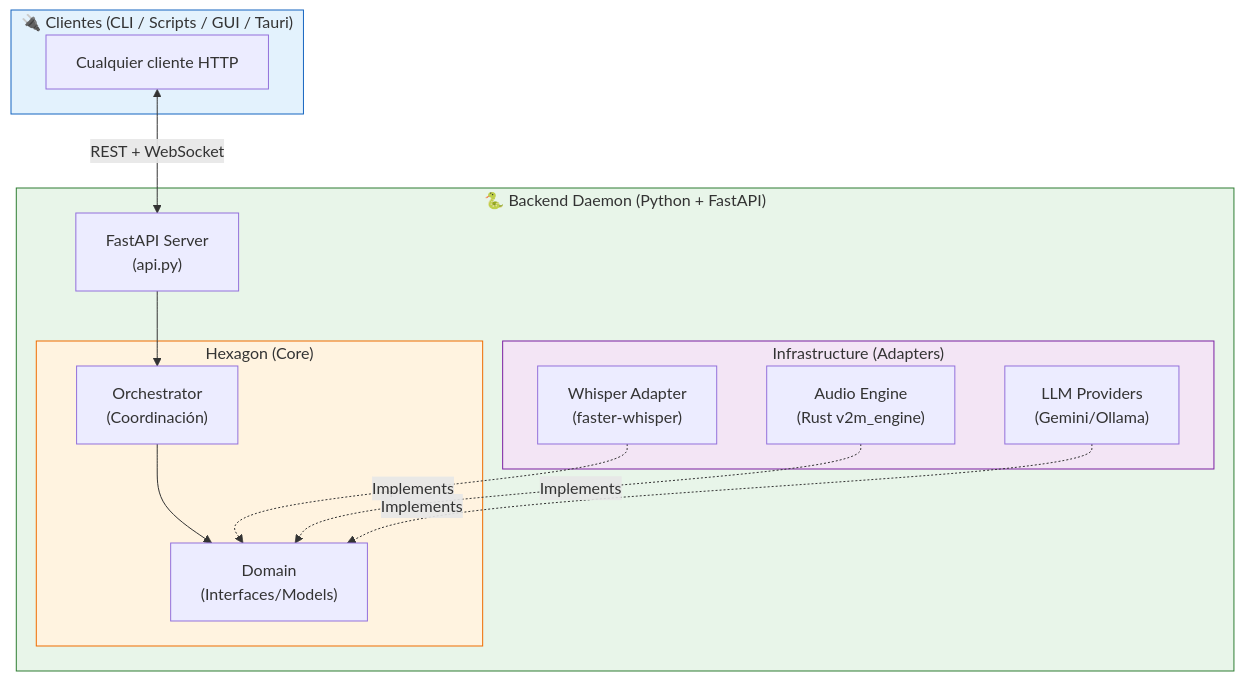
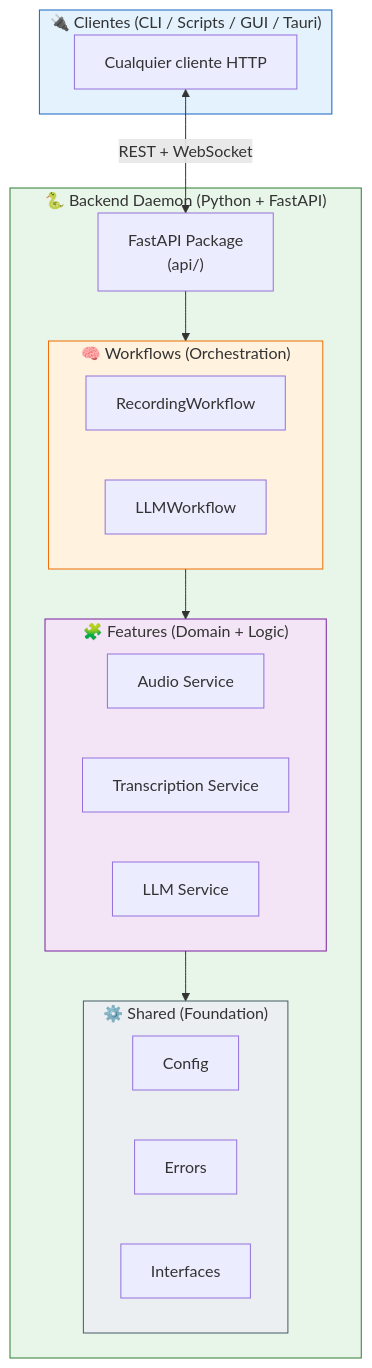
One commit to zarvent/v2m-lab changed the first of 2 diagrams in docs/docs/es/arquitectura.md. Above: the diagram before and after it, drawn with Mermaid. The commit also changed other lines of this file and 14 other files, not shown here.

Commit message:
feat: Restructure documentation and code organization for improved clarity and maintainability, introducing workflows and modular features

````diff
--- a/docs/docs/es/arquitectura.md
+++ b/docs/docs/es/arquitectura.md
@@ -10,33 +10,38 @@
 ```mermaid
 graph TD
     subgraph Clients ["🔌 Clientes (CLI / Scripts / GUI / Tauri)"]
         ClientApp["Cualquier cliente HTTP"]
     end
 
     subgraph Backend ["🐍 Backend Daemon (Python + FastAPI)"]
-        API["FastAPI Server<br>(api.py)"]
+        API["FastAPI Package<br>(api/)"]
 
-        subgraph Hexagon ["Hexagon (Core)"]
-            Orchestrator["Orchestrator<br>(Coordinación)"]
-            Domain["Domain<br>(Interfaces/Models)"]
+        subgraph Workflows ["🧠 Workflows (Orchestration)"]
+            RecWF["RecordingWorkflow"]
+            LLMWF["LLMWorkflow"]
         end
 
-        subgraph Infra ["Infrastructure (Adapters)"]
-            Whisper["Whisper Adapter<br>(faster-whisper)"]
-            Audio["Audio Engine<br>(Rust v2m_engine)"]
-            LLM["LLM Providers<br>(Gemini/Ollama)"]
+        subgraph Features ["🧩 Features (Domain + Logic)"]
+            AudioFeat["Audio Service"]
+            TranscFeat["Transcription Service"]
+            LLMFeat["LLM Service"]
+        end
+        
+        subgraph Shared ["⚙️ Shared (Foundation)"]
+            Config["Config"]
+            Errors["Errors"]
+            Interfaces["Interfaces"]
         end
     end
 
     ClientApp <-->|REST + WebSocket| API
-    API --> Orchestrator
-    Orchestrator --> Domain
-    Whisper -.->|Implements| Domain
-    Audio -.->|Implements| Domain
-    LLM -.->|Implements| Domain
+    API --> Workflows
+    Workflows --> Features
+    Features --> Shared
 
     style Clients fill:#e3f2fd,stroke:#1565c0
     style Backend fill:#e8f5e9,stroke:#2e7d32
-    style Hexagon fill:#fff3e0,stroke:#ef6c00
-    style Infra fill:#f3e5f5,stroke:#7b1fa2
+    style Workflows fill:#fff3e0,stroke:#ef6c00
+    style Features fill:#f3e5f5,stroke:#7b1fa2
+    style Shared fill:#eceff1,stroke:#455a64
 ```
````
